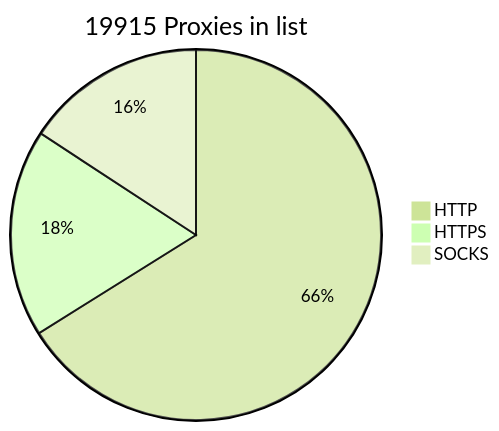
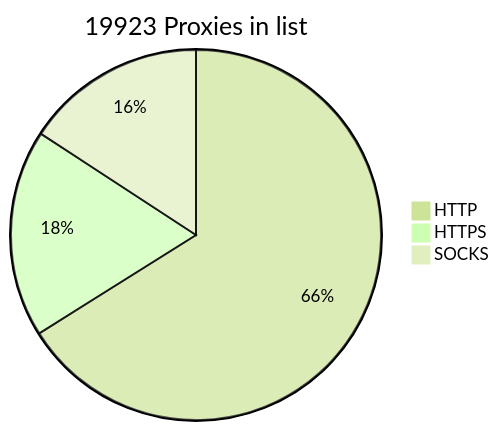
The diagram in README.md (BlackSnowDot/proxylist-update-every-minute), drawn with Mermaid (forest theme) before and after one commit.

````diff
--- a/README.md
+++ b/README.md
@@ -2,6 +2,6 @@
 ```mermaid
-pie title 19915 Proxies in list
-    "HTTP" : 14614
-    "HTTPS": 4004
-    "SOCKS" : 3488
+pie title 19923 Proxies in list
+    "HTTP" : 14617
+    "HTTPS": 4009
+    "SOCKS" : 3493
 ```
````
